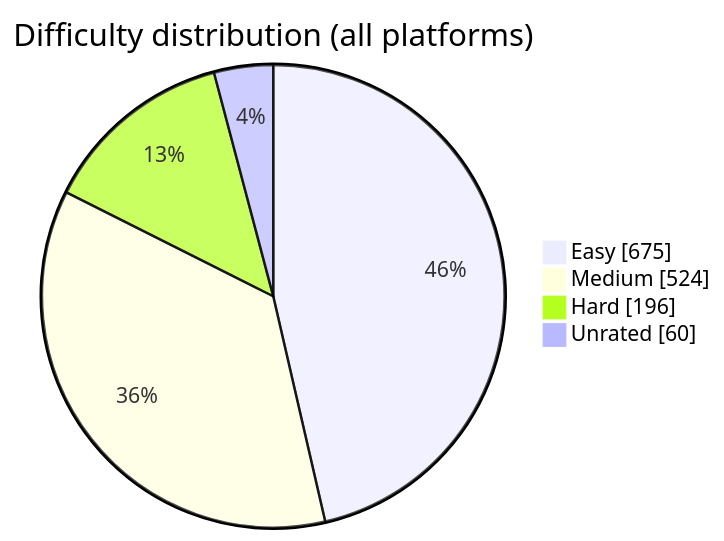
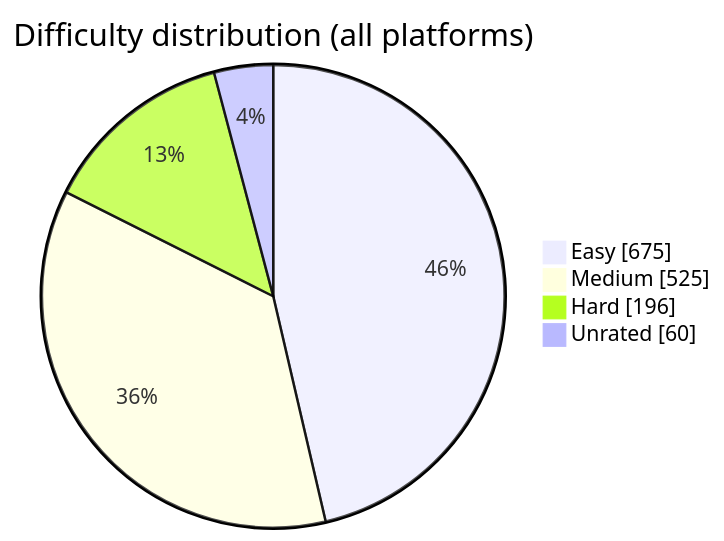
The diagram in README.md (BuildbyArindam/Daily-Coding-Log), drawn with Mermaid before and after one commit. The commit also changed other lines of this file, not shown here.

````diff
--- a/README.md
+++ b/README.md
@@ -93,7 +93,7 @@
 ```mermaid
 pie showData title Difficulty distribution (all platforms)
     "Easy" : 675
-    "Medium" : 524
+    "Medium" : 525
     "Hard" : 196
     "Unrated" : 60
 ```
````
